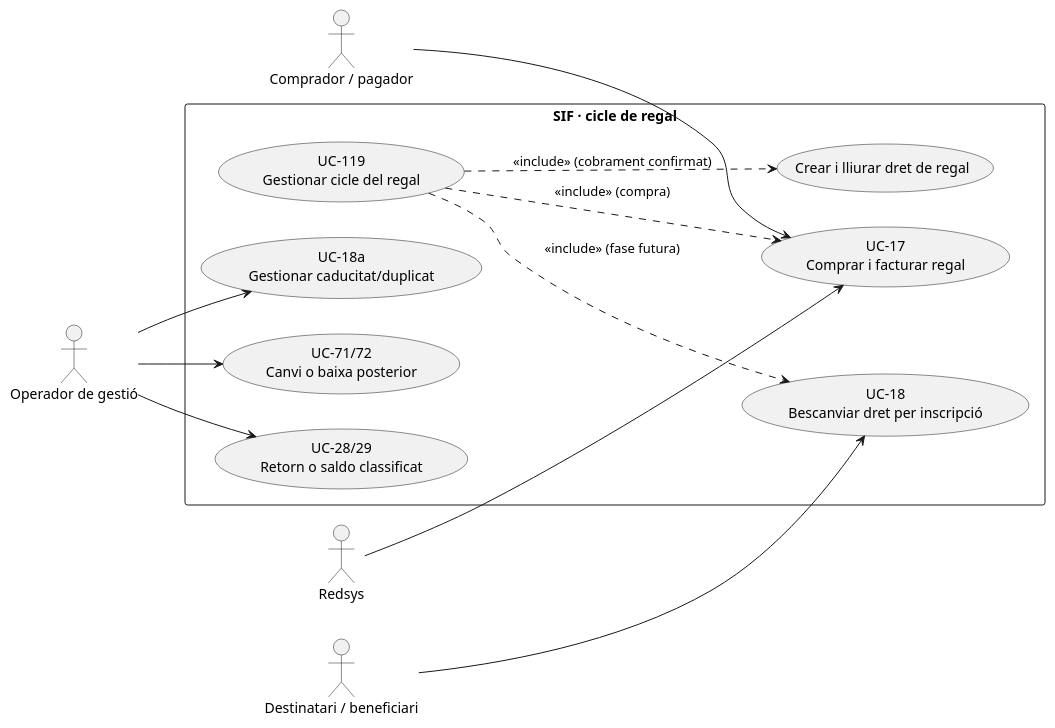
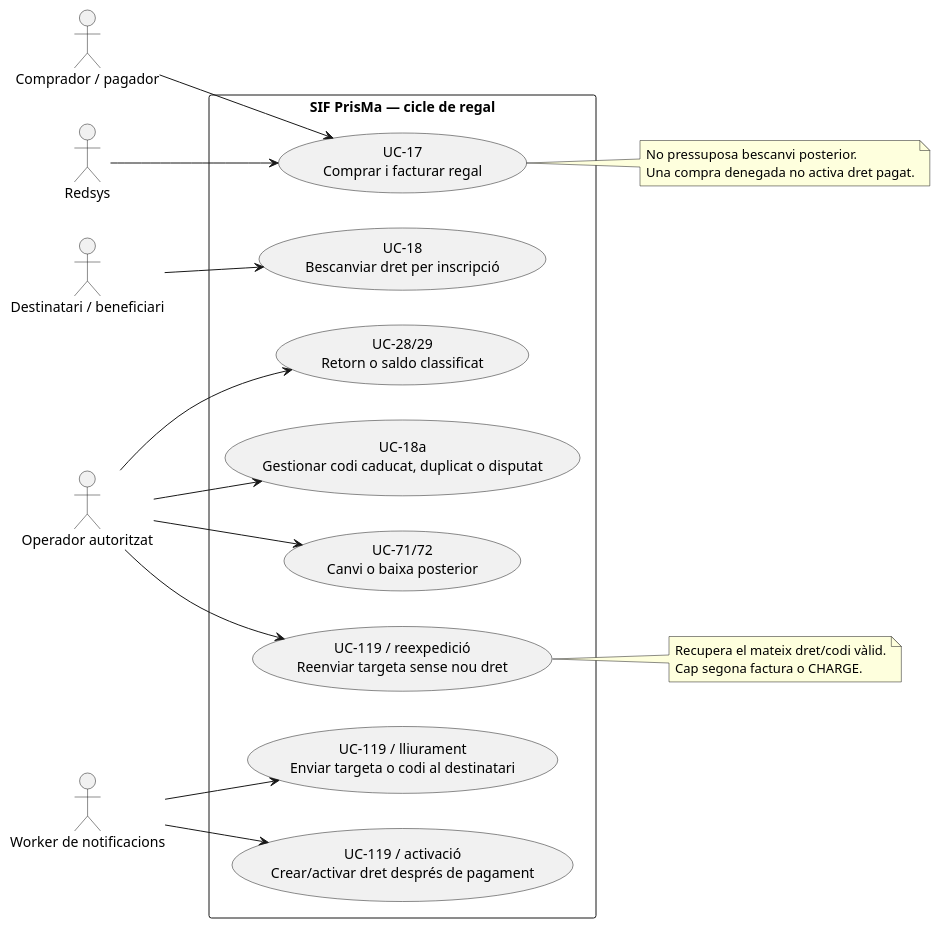
Before and after one commit to orgmeriemprismacat-del/verifactu: the first of 8 diagrams in documentacio/07-uml-integrat/uc-119-cicle-complet-regal.md, drawn with PlantUML. The commit also changed other lines of this file, not shown here.

Commit message:
docs(uml): UC-119 separa compra activació lliurament reexpedició i protegeix codi regal

````diff
--- a/documentacio/07-uml-integrat/uc-119-cicle-complet-regal.md
+++ b/documentacio/07-uml-integrat/uc-119-cicle-complet-regal.md
@@ -69,27 +71,37 @@
 ```plantuml
 @startuml
 left to right direction
 actor "Comprador / pagador" as Buyer
 actor "Destinatari / beneficiari" as Recipient
 actor "Redsys" as Bank
-actor "Operador de gestió" as O
-rectangle "SIF · cicle de regal" {
- usecase "UC-119\nGestionar cicle del regal" as Main
+actor "Operador autoritzat" as O
+actor "Worker de notificacions" as W
+rectangle "SIF PrisMa — cicle de regal" {
  usecase "UC-17\nComprar i facturar regal" as Buy
- usecase "Crear i lliurar dret de regal" as Issue
+ usecase "UC-119 / activació\nCrear/activar dret després de pagament" as Activate
+ usecase "UC-119 / lliurament\nEnviar targeta o codi al destinatari" as Deliver
+ usecase "UC-119 / reexpedició\nReenviar targeta sense nou dret" as Resend
  usecase "UC-18\nBescanviar dret per inscripció" as Redeem
- usecase "UC-18a\nGestionar caducitat/duplicat" as Error
+ usecase "UC-18a\nGestionar codi caducat, duplicat o disputat" as Error
  usecase "UC-71/72\nCanvi o baixa posterior" as Change
  usecase "UC-28/29\nRetorn o saldo classificat" as Money
 }
 Buyer --> Buy
 Bank --> Buy
+W --> Activate
+W --> Deliver
+O --> Resend
 Recipient --> Redeem
 O --> Error
 O --> Change
 O --> Money
-Main ..> Buy : <<include>> (compra)
-Main ..> Issue : <<include>> (cobrament confirmat)
-Main ..> Redeem : <<include>> (fase futura)
+note right of Buy
+ No pressuposa bescanvi posterior.
+ Una compra denegada no activa dret pagat.
+end note
+note right of Resend
+ Recupera el mateix dret/codi vàlid.
+ Cap segona factura o CHARGE.
+end note
 @enduml
 ```
````
